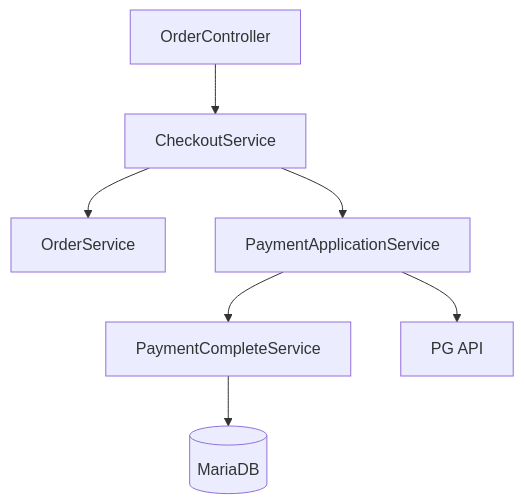
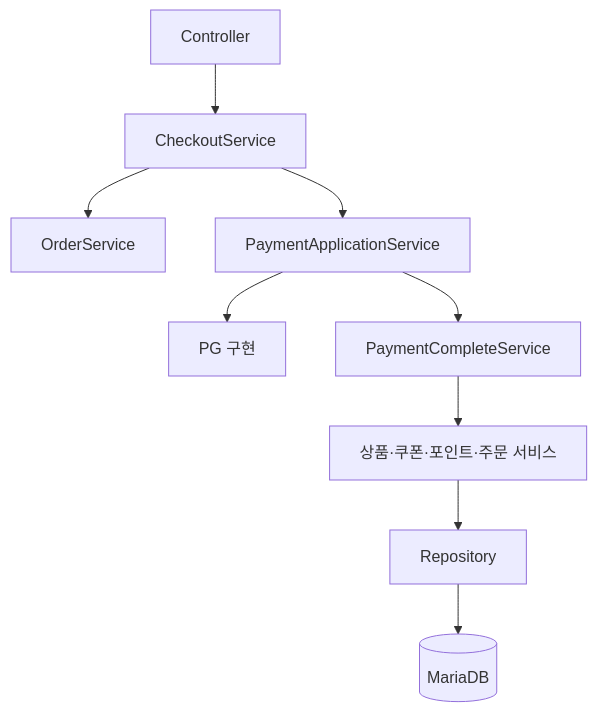
Before and after one commit to leedoohee/fnb-front-backend-api: the first of 3 diagrams in README.md, drawn with Mermaid. The commit also changed other lines of this file, not shown here.

````diff
--- a/README.md
+++ b/README.md
@@ -42,9 +38,11 @@
 ```mermaid
 flowchart TD
-    C["OrderController"] --> CO["CheckoutService"]
+    C["Controller"] --> CO["CheckoutService"]
     CO --> O["OrderService"]
     CO --> PA["PaymentApplicationService"]
+    PA --> PG["PG 구현"]
     PA --> PC["PaymentCompleteService"]
-    PA --> PG["PG API"]
-    PC --> DB[("MariaDB")]
+    PC --> DS["상품·쿠폰·포인트·주문 서비스"]
+    DS --> R["Repository"]
+    R --> DB[("MariaDB")]
 ```
````
